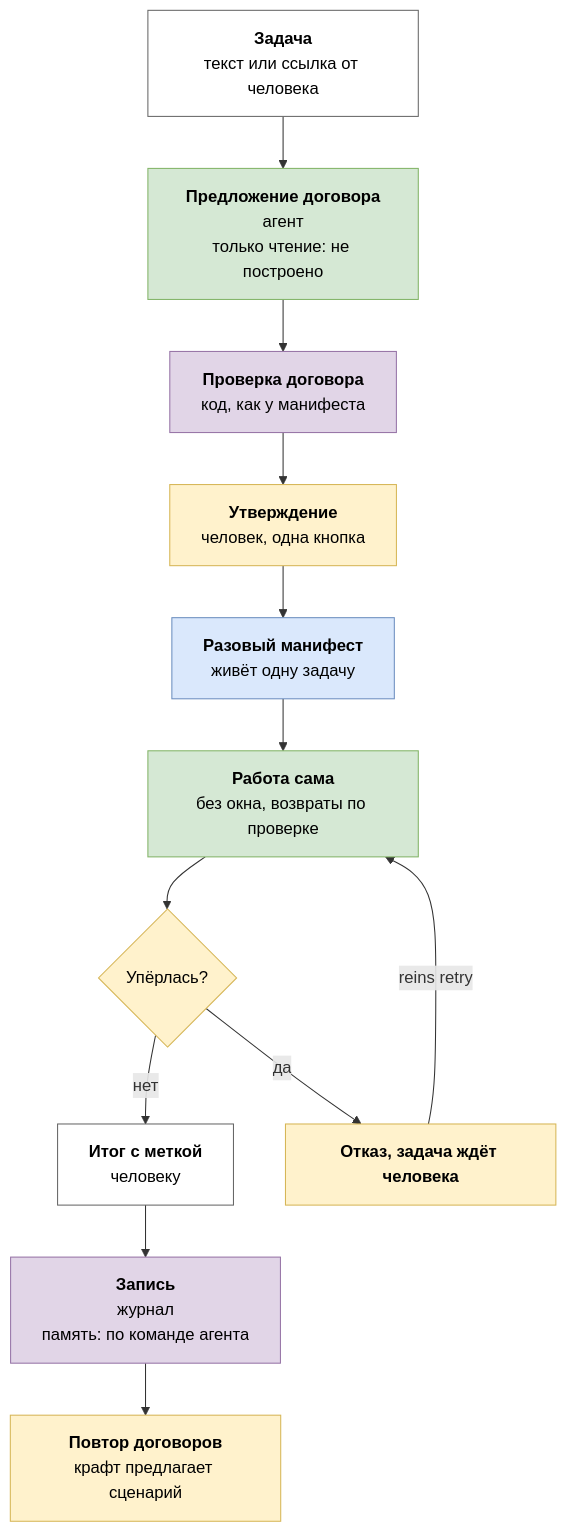
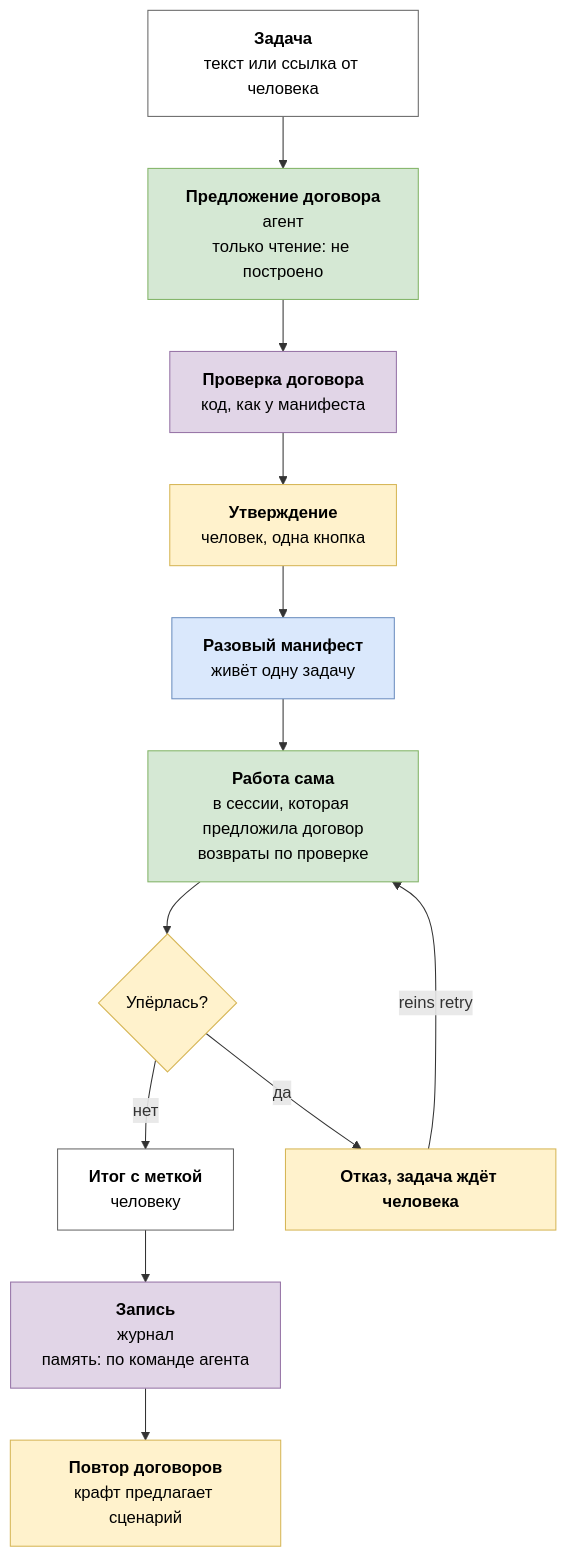
One commit to roygkov/reins changed the fifth of 28 diagrams in docs/spec/harness-spec.md. Above: the diagram before and after it, drawn with Mermaid. The commit also changed other lines of this file, not shown here.

````diff
--- a/docs/spec/harness-spec.md
+++ b/docs/spec/harness-spec.md
@@ -257,25 +266,25 @@
 ```mermaid
 flowchart TB
   classDef core fill:#e1d5e7,stroke:#9673a6,color:#000
   classDef contract fill:#dae8fc,stroke:#6c8ebf,color:#000
   classDef ok fill:#d5e8d4,stroke:#82b366,color:#000
   classDef part fill:#fff2cc,stroke:#d6b656,color:#000
   classDef white fill:#ffffff,stroke:#666666,color:#000
 
   t["<b>Задача</b><br/>текст или ссылка от человека"]:::white
   pr["<b>Предложение договора</b><br/>агент<br/>только чтение: не построено"]:::ok
   vc["<b>Проверка договора</b><br/>код, как у манифеста"]:::core
   ap["<b>Утверждение</b><br/>человек, одна кнопка"]:::part
   om["<b>Разовый манифест</b><br/>живёт одну задачу"]:::contract
-  w["<b>Работа сама</b><br/>без окна, возвраты по проверке"]:::ok
+  w["<b>Работа сама</b><br/>в сессии, которая предложила договор<br/>возвраты по проверке"]:::ok
   d{"Упёрлась?"}:::part
   it["<b>Итог с меткой</b><br/>человеку"]:::white
   rec["<b>Запись</b><br/>журнал<br/>память: по команде агента"]:::core
   sug["<b>Повтор договоров</b><br/>крафт предлагает сценарий"]:::part
   q["<b>Отказ, задача ждёт человека</b>"]:::part
 
   t --> pr --> vc --> ap --> om --> w --> d
   d -->|нет| it --> rec --> sug
   d -->|да| q
   q -->|reins retry| w
 ```
````
